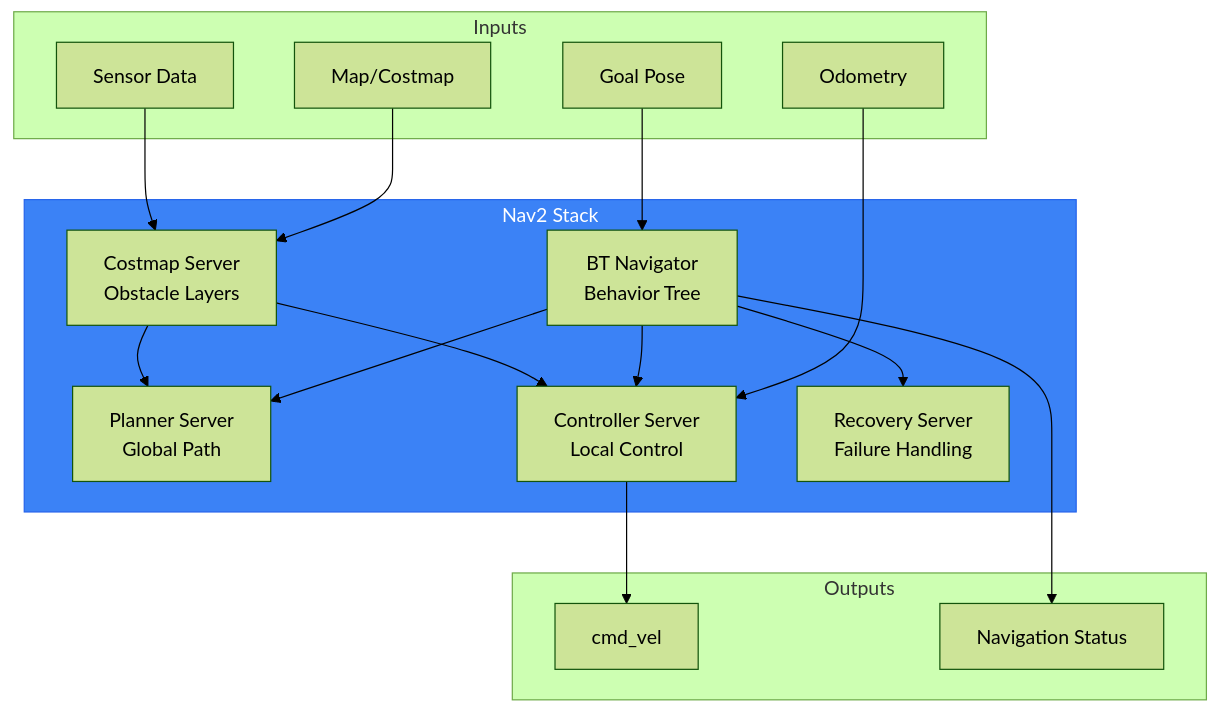
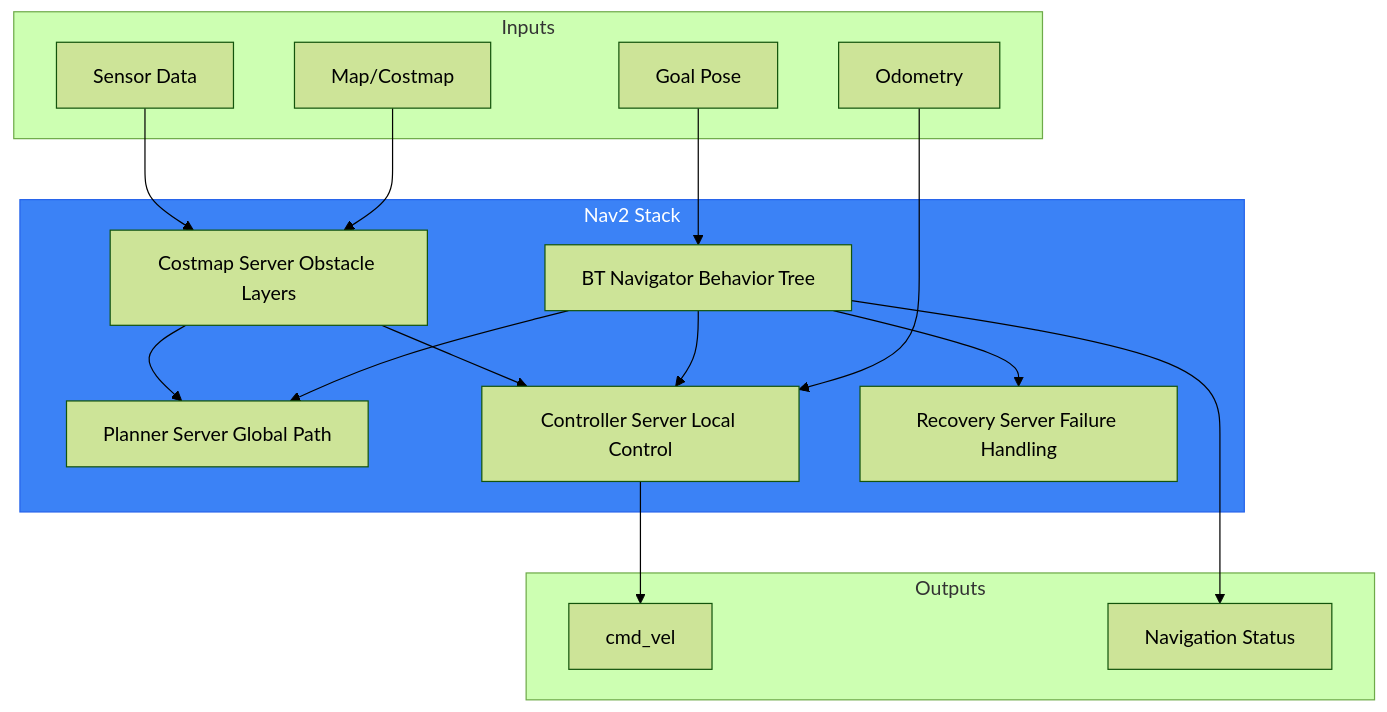
The first of 5 diagrams in docs/modules/module-3-isaac/chapter-12-nav2.md (shakir-hussain1/physical-AI-and-humanoid-robotics-textbook-by-shakir-hussain), drawn with Mermaid (forest theme) before and after one commit. The commit also changed other lines of this file and 17 other files, not shown here.

Commit message:
fix: Remove br tags from Mermaid diagrams causing parse errors

````diff
--- a/docs/modules/module-3-isaac/chapter-12-nav2.md
+++ b/docs/modules/module-3-isaac/chapter-12-nav2.md
@@ -33,38 +33,38 @@
 ```mermaid
 flowchart TD
     subgraph Input["Inputs"]
         GOAL[Goal Pose]
         MAP[Map/Costmap]
         ODOM[Odometry]
         SCAN[Sensor Data]
     end
 
     subgraph Nav2["Nav2 Stack"]
-        BT[BT Navigator<br/>Behavior Tree]
-        PLANNER[Planner Server<br/>Global Path]
-        CONTROLLER[Controller Server<br/>Local Control]
-        RECOVERY[Recovery Server<br/>Failure Handling]
-        COSTMAP[Costmap Server<br/>Obstacle Layers]
+        BT[BT Navigator Behavior Tree]
+        PLANNER[Planner Server Global Path]
+        CONTROLLER[Controller Server Local Control]
+        RECOVERY[Recovery Server Failure Handling]
+        COSTMAP[Costmap Server Obstacle Layers]
     end
 
     subgraph Output["Outputs"]
         CMD[cmd_vel]
         STATUS[Navigation Status]
     end
 
     GOAL --> BT
     MAP --> COSTMAP
     ODOM --> CONTROLLER
     SCAN --> COSTMAP
 
     BT --> PLANNER
     BT --> CONTROLLER
     BT --> RECOVERY
     COSTMAP --> PLANNER
     COSTMAP --> CONTROLLER
 
     CONTROLLER --> CMD
     BT --> STATUS
 
     style Nav2 fill:#3b82f6,stroke:#2563eb,color:#fff
 ```
````
